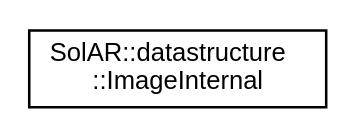
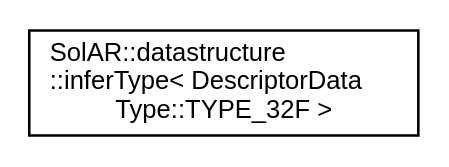
Before and after one commit to SolarFramework/solarframework.github.io: the diagram in api_documentation/inherit_graph_19.dot, drawn with Graphviz. The commit also changed 39 other files, not shown here.

```diff
--- a/api_documentation/inherit_graph_19.dot
+++ b/api_documentation/inherit_graph_19.dot
@@ -1,8 +1,8 @@
 digraph "Graphical Class Hierarchy"
 {
  // LATEX_PDF_SIZE
   edge [fontname="Helvetica",fontsize="10",labelfontname="Helvetica",labelfontsize="10"];
   node [fontname="Helvetica",fontsize="10",shape=record];
   rankdir="LR";
-  Node0 [label="SolAR::datastructure\l::ImageInternal",height=0.2,width=0.4,color="black", fillcolor="white", style="filled",URL="$class_sol_a_r_1_1datastructure_1_1_image_internal.html",tooltip="A 2D image buffer.."];
+  Node0 [label="SolAR::datastructure\l::inferType\< DescriptorData\lType::TYPE_32F \>",height=0.2,width=0.4,color="black", fillcolor="white", style="filled",URL="$struct_sol_a_r_1_1datastructure_1_1infer_type_3_01_descriptor_data_type_1_1_t_y_p_e__32_f_01_4.html",tooltip=" "];
 }
```
